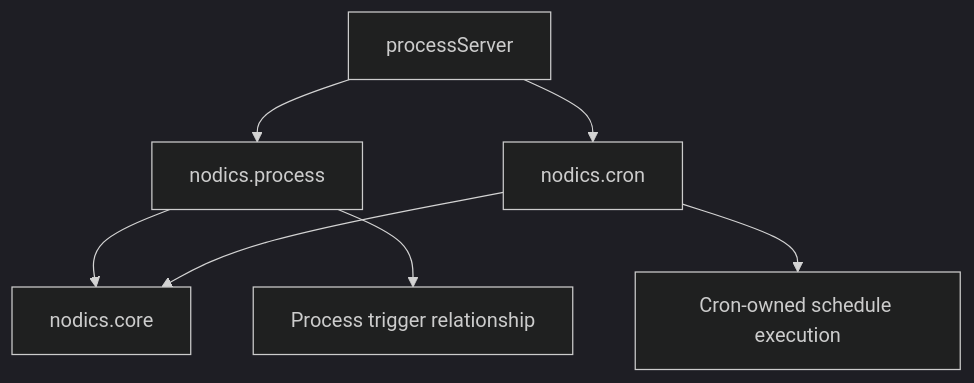
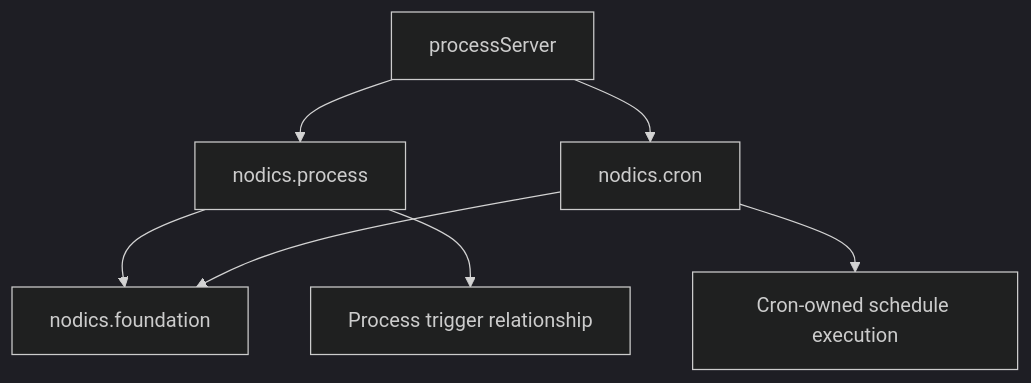
The diagram in nodics.process/llm/contracts/process-ownership-and-designer-contract.md (Nodics/nodics.ai), drawn with Mermaid (dark theme) before and after one commit. The commit also changed 3614 other files, not shown here.

````diff
--- a/nodics.process/llm/contracts/process-ownership-and-designer-contract.md
+++ b/nodics.process/llm/contracts/process-ownership-and-designer-contract.md
@@ -21,9 +21,9 @@
 ```mermaid
 flowchart TD
   Server["processServer"] --> Process["nodics.process"]
   Server --> Cron["nodics.cron"]
-  Process --> Core["nodics.core"]
+  Process --> Core["nodics.foundation"]
   Cron --> Core
   Process --> Trigger["Process trigger relationship"]
   Cron --> Schedule["Cron-owned schedule execution"]
 ```
````
